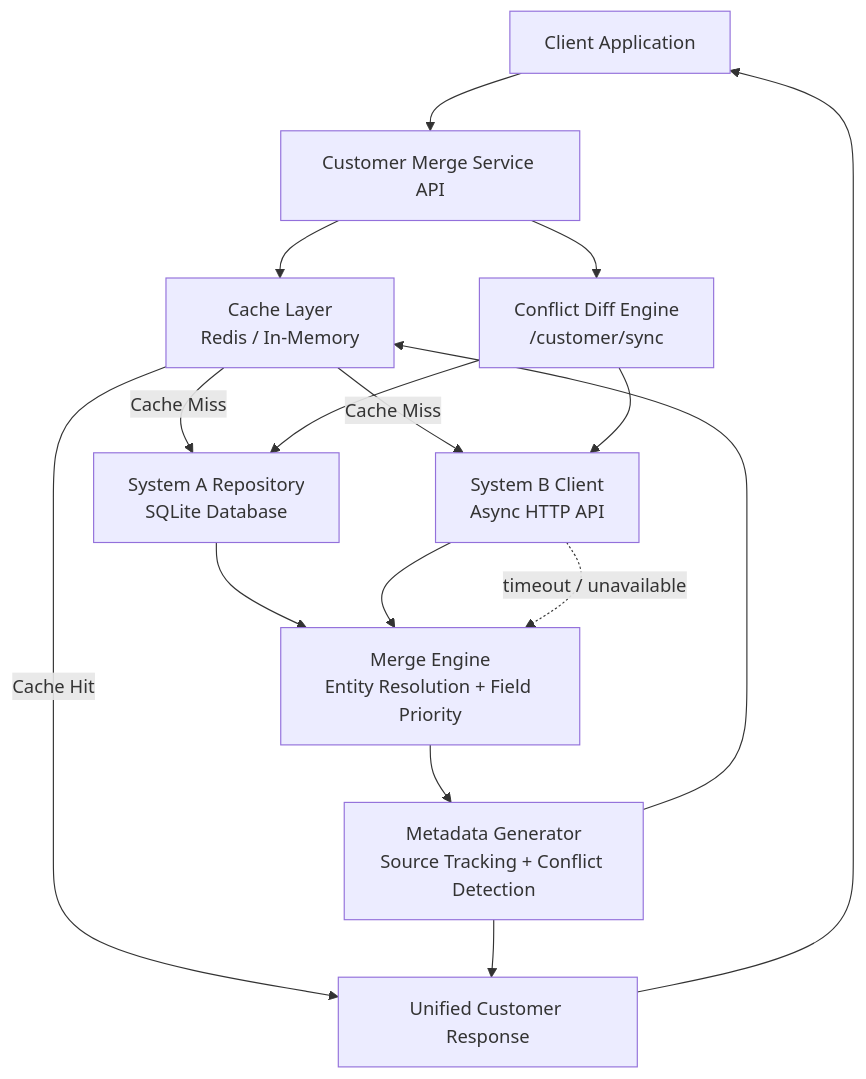
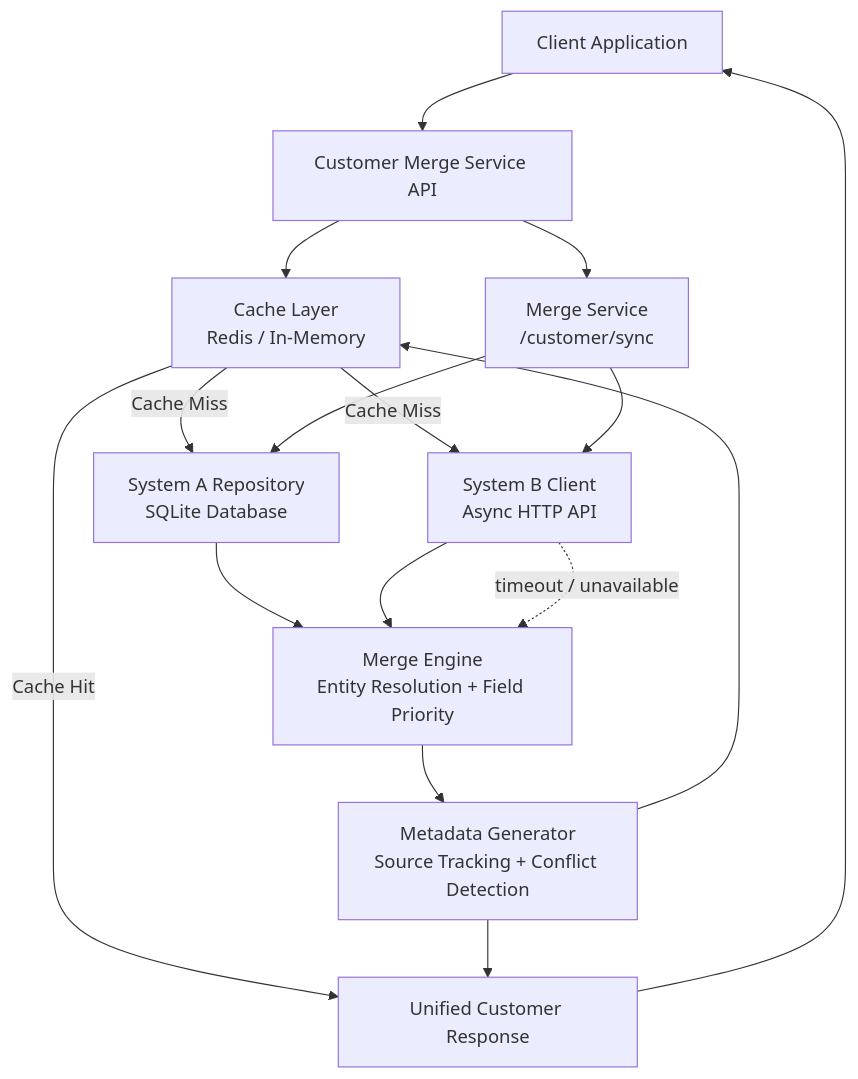
Before and after one commit to omard1aa/Unified-Customer-View: the diagram in ADR.md, drawn with Mermaid.

Commit message:
Changing Diff Engine to Merge Service

````diff
--- a/ADR.md
+++ b/ADR.md
@@ -56,46 +56,46 @@
 ```mermaid
 flowchart TD
 
 Client[Client Application]
 
 API[Customer Merge Service API]
 
 Cache[Cache Layer<br>Redis / In-Memory]
 
 ARepo[System A Repository<br>SQLite Database]
 
 BClient[System B Client<br>Async HTTP API]
 
 MergeEngine[Merge Engine<br>Entity Resolution + Field Priority]
 
 Metadata[Metadata Generator<br>Source Tracking + Conflict Detection]
 
 Response[Unified Customer Response]
 
-DiffEngine[Conflict Diff Engine<br>/customer/sync]
+DiffEngine[Merge Service<br>/customer/sync]
 
 %% Normal GET flow
 Client --> API
 API --> Cache
 
 Cache -- Cache Hit --> Response
 Response --> Client
 
 Cache -- Cache Miss --> ARepo
 Cache -- Cache Miss --> BClient
 
 ARepo --> MergeEngine
 BClient --> MergeEngine
 
 %% System B failure path
 BClient -. timeout / unavailable .-> MergeEngine
 
 MergeEngine --> Metadata
 Metadata --> Response
 Metadata --> Cache
 
 %% Sync endpoint (bypasses cache)
 API --> DiffEngine
 DiffEngine --> ARepo
 DiffEngine --> BClient
 ```
````
